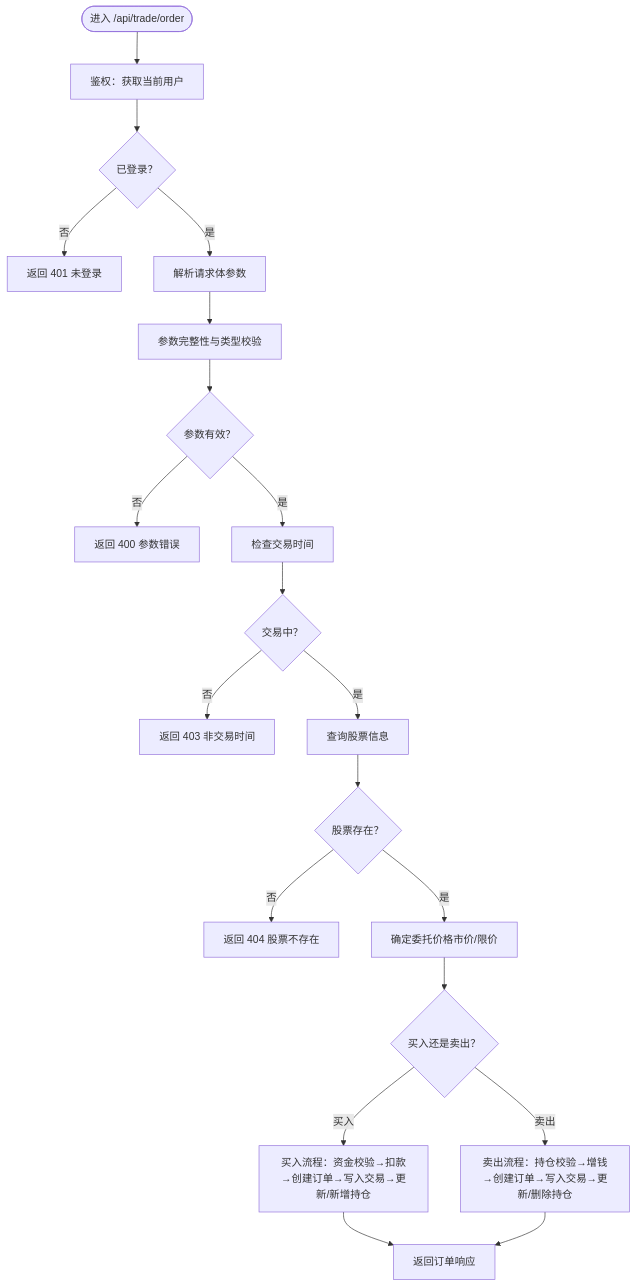
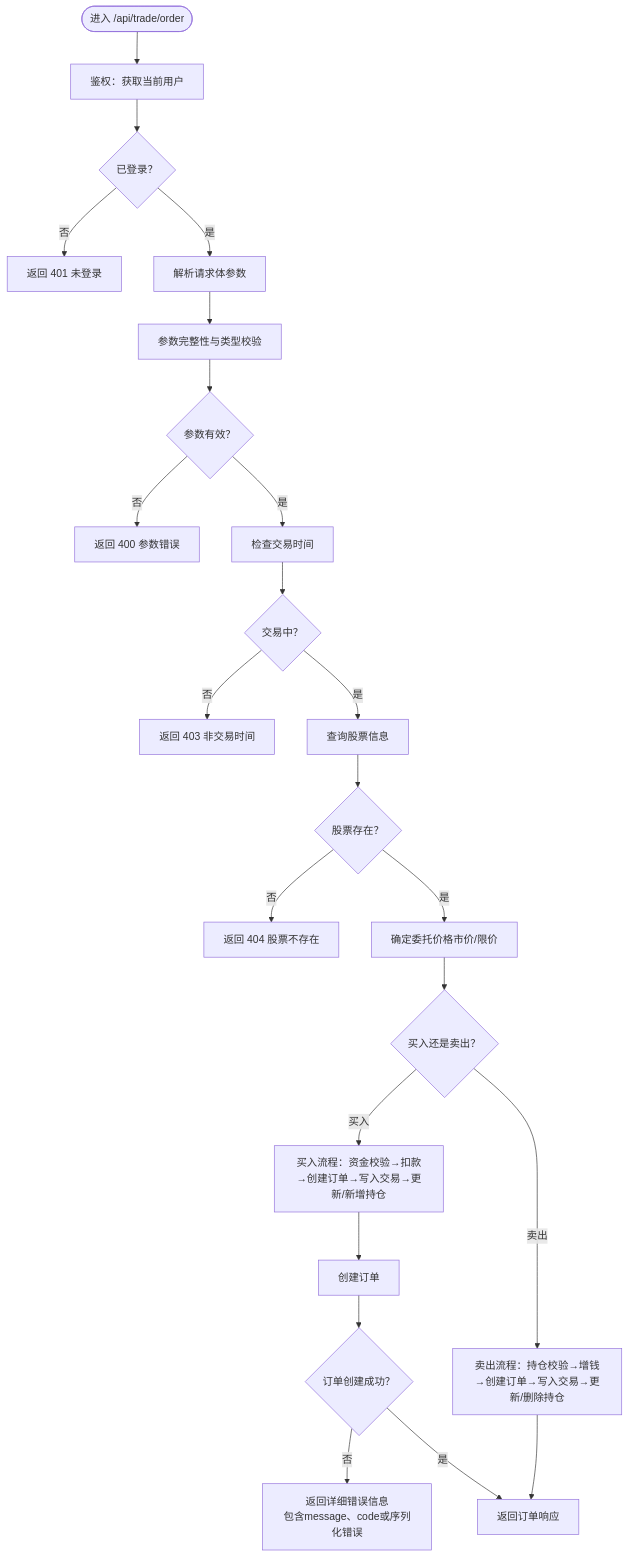
One commit to javalittleman1/virtual-stock-trading changed the third of 6 diagrams in .qoder/repowiki/zh/content/交易系统/订单API接口.md. Above: the diagram before and after it, drawn with Mermaid. The commit also changed other lines of this file and 6 other files, not shown here.

````diff
--- a/.qoder/repowiki/zh/content/交易系统/订单API接口.md
+++ b/.qoder/repowiki/zh/content/交易系统/订单API接口.md
@@ -168,22 +166,25 @@
 ```mermaid
 flowchart TD
 Start(["进入 /api/trade/order"]) --> Auth["鉴权：获取当前用户"]
 Auth --> AuthOK{"已登录？"}
 AuthOK --> |否| R401["返回 401 未登录"]
 AuthOK --> |是| Parse["解析请求体参数"]
 Parse --> Validate["参数完整性与类型校验"]
 Validate --> Valid{"参数有效？"}
 Valid --> |否| R400["返回 400 参数错误"]
 Valid --> |是| TimeCheck["检查交易时间"]
 TimeCheck --> Open{"交易中？"}
 Open --> |否| R403["返回 403 非交易时间"]
 Open --> |是| FetchStock["查询股票信息"]
 FetchStock --> StockOK{"股票存在？"}
 StockOK --> |否| R404["返回 404 股票不存在"]
 StockOK --> |是| PriceType["确定委托价格市价/限价"]
 PriceType --> BuyOrSell{"买入还是卖出？"}
 BuyOrSell --> |买入| BuyFlow["买入流程：资金校验→扣款→创建订单→写入交易→更新/新增持仓"]
 BuyOrSell --> |卖出| SellFlow["卖出流程：持仓校验→增钱→创建订单→写入交易→更新/删除持仓"]
-BuyFlow --> Done["返回订单响应"]
+BuyFlow --> OrderCreate["创建订单"]
+OrderCreate --> OrderOK{"订单创建成功？"}
+OrderOK --> |否| DetailedError["返回详细错误信息<br/>包含message、code或序列化错误"]
+OrderOK --> |是| Done["返回订单响应"]
 SellFlow --> Done
 ```
````
